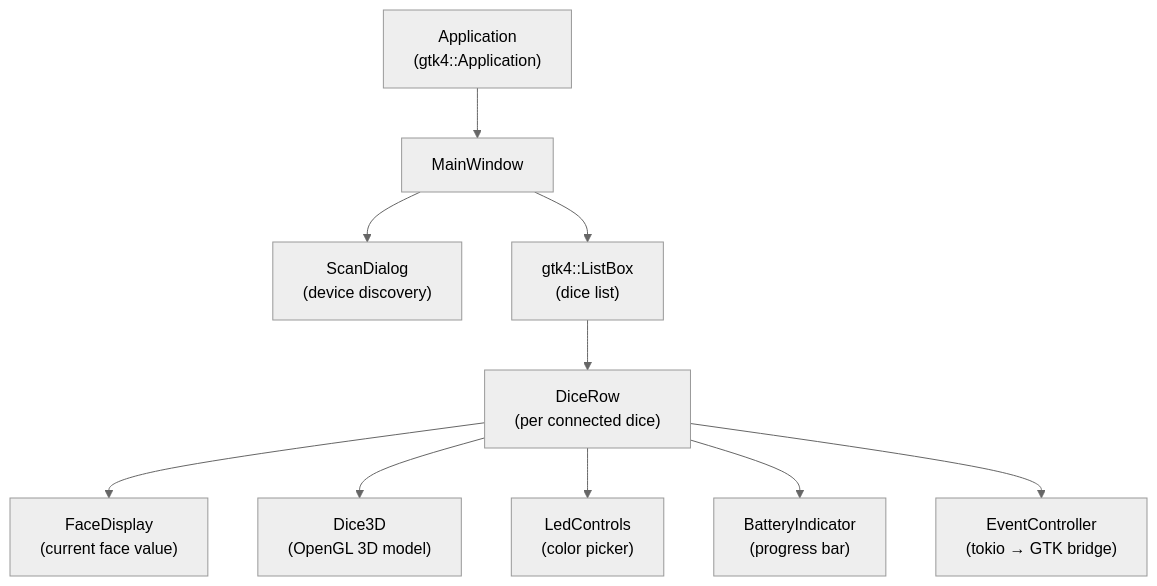
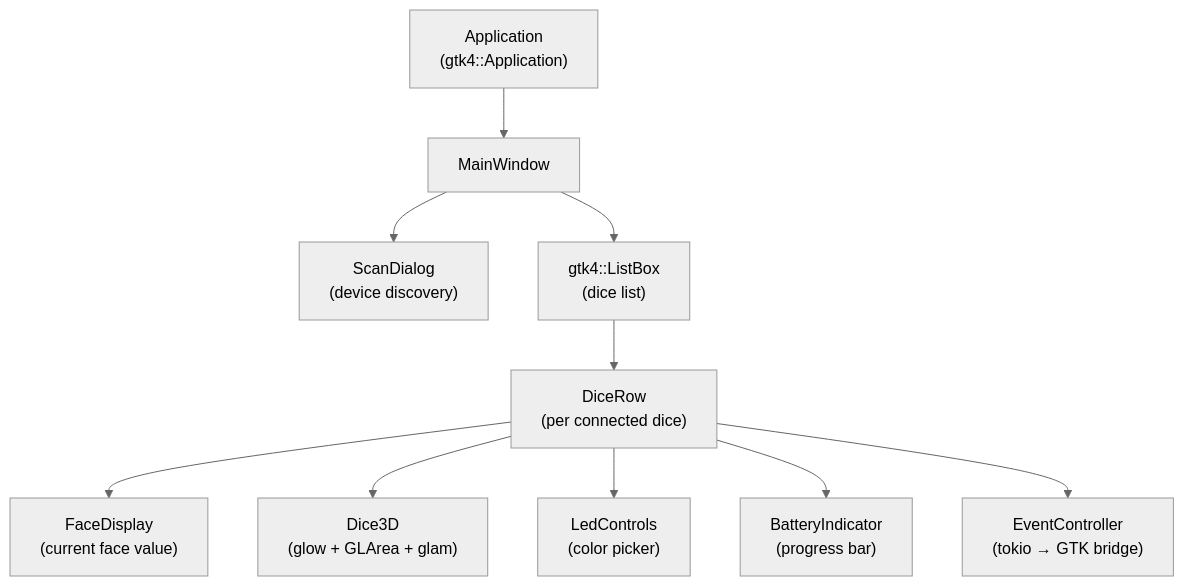
Before and after one commit to smearor/dice-rs: diagram 26 of 34 in concepts/planned/DICE_RS.md, drawn with Mermaid (neutral theme). The commit also changed other lines of this file, not shown here.

````diff
--- a/concepts/planned/DICE_RS.md
+++ b/concepts/planned/DICE_RS.md
@@ -3027,23 +3640,23 @@
 ```mermaid
 flowchart TB
     app["Application\n(gtk4::Application)"]
     window["MainWindow"]
     scanDialog["ScanDialog\n(device discovery)"]
     listBox["gtk4::ListBox\n(dice list)"]
     diceRow["DiceRow\n(per connected dice)"]
     faceDisplay["FaceDisplay\n(current face value)"]
-    dice3d["Dice3D\n(OpenGL 3D model)"]
+    dice3d["Dice3D\n(glow + GLArea + glam)"]
     ledControls["LedControls\n(color picker)"]
     batteryIndicator["BatteryIndicator\n(progress bar)"]
     eventController["EventController\n(tokio → GTK bridge)"]
 
     app --> window
     window --> scanDialog
     window --> listBox
     listBox --> diceRow
     diceRow --> faceDisplay
     diceRow --> dice3d
     diceRow --> ledControls
     diceRow --> batteryIndicator
     diceRow --> eventController
 ```
````
